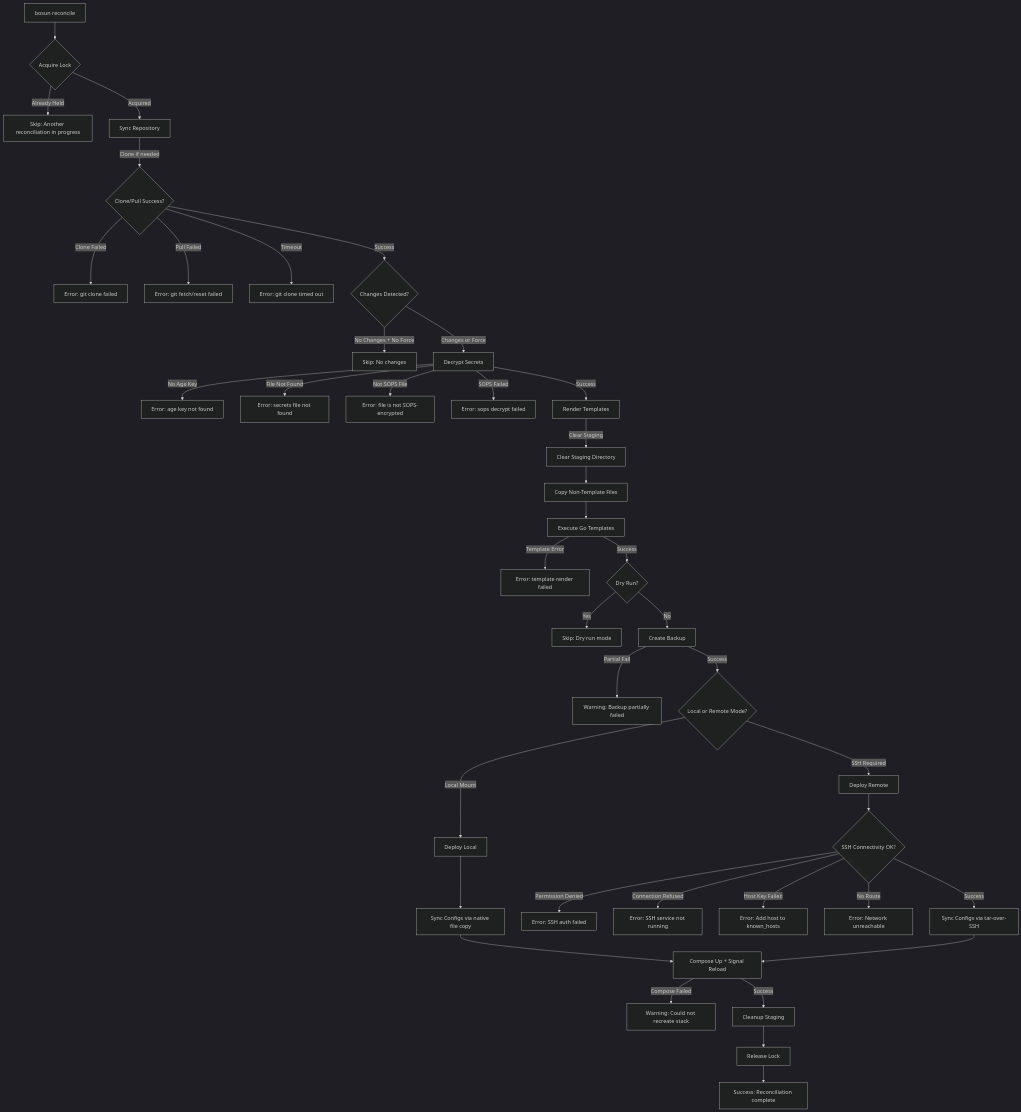
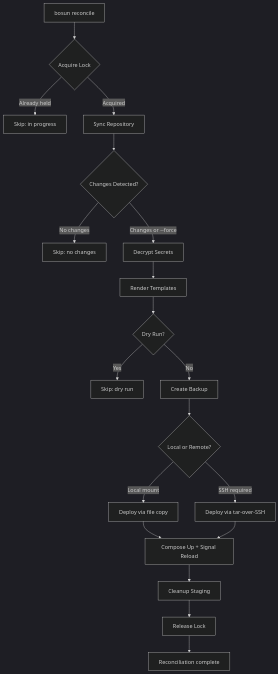
The third of 7 diagrams in docs/workflows.md (cameronsjo/bosun), drawn with Mermaid (dark theme) before and after one commit. The commit also changed other lines of this file and 8 other files, not shown here.

First line of the commit message:
docs: modernize mermaid diagrams across all docs

````diff
--- a/docs/workflows.md
+++ b/docs/workflows.md
@@ -178,54 +165,28 @@
 ```mermaid
 flowchart TD
-    A[bosun reconcile] --> B{Acquire Lock}
-    B -->|Already Held| B_SKIP[Skip: Another reconciliation in progress]
-    B -->|Acquired| C[Sync Repository]
+    Start[bosun reconcile] --> AcquireLock{Acquire Lock}
+    AcquireLock -->|Already held| LockSkip[Skip: in progress]
+    AcquireLock -->|Acquired| GitSync[Sync Repository]
 
-    C -->|Clone if needed| D{Clone/Pull Success?}
-    D -->|Clone Failed| D_ERR1[Error: git clone failed]
-    D -->|Pull Failed| D_ERR2[Error: git fetch/reset failed]
-    D -->|Timeout| D_ERR3[Error: git clone timed out]
-    D -->|Success| E{Changes Detected?}
+    GitSync --> ChangesCheck{Changes Detected?}
+    ChangesCheck -->|No changes| NoChangeSkip[Skip: no changes]
+    ChangesCheck -->|Changes or --force| Decrypt[Decrypt Secrets]
 
-    E -->|No Changes + No Force| E_SKIP[Skip: No changes]
-    E -->|Changes or Force| F[Decrypt Secrets]
+    Decrypt --> RenderTemplates[Render Templates]
+    RenderTemplates --> DryRunCheck{Dry Run?}
 
-    F -->|No Age Key| F_ERR1[Error: age key not found]
-    F -->|File Not Found| F_ERR2[Error: secrets file not found]
-    F -->|Not SOPS File| F_ERR3[Error: file is not SOPS-encrypted]
-    F -->|SOPS Failed| F_ERR4[Error: sops decrypt failed]
-    F -->|Success| G[Render Templates]
+    DryRunCheck -->|Yes| DryRunSkip[Skip: dry run]
+    DryRunCheck -->|No| CreateBackup[Create Backup]
 
-    G -->|Clear Staging| G1[Clear Staging Directory]
-    G1 --> G2[Copy Non-Template Files]
-    G2 --> G3[Execute Go Templates]
-    G3 -->|Template Error| G_ERR[Error: template render failed]
-    G3 -->|Success| H{Dry Run?}
+    CreateBackup --> DeployMode{Local or Remote?}
 
-    H -->|Yes| H_DRY[Skip: Dry run mode]
-    H -->|No| I[Create Backup]
+    DeployMode -->|Local mount| DeployLocal[Deploy via file copy]
+    DeployMode -->|SSH required| DeployRemote[Deploy via tar-over-SSH]
 
-    I -->|Partial Fail| I_WARN[Warning: Backup partially failed]
-    I -->|Success| J{Local or Remote Mode?}
+    DeployLocal --> ComposeUp[Compose Up + Signal Reload]
+    DeployRemote --> ComposeUp
 
-    J -->|Local Mount| K[Deploy Local]
-    J -->|SSH Required| L[Deploy Remote]
-
-    K --> M[Sync Configs via native file copy]
-    L --> N{SSH Connectivity OK?}
-
-    N -->|Permission Denied| N_ERR1[Error: SSH auth failed]
-    N -->|Connection Refused| N_ERR2[Error: SSH service not running]
-    N -->|Host Key Failed| N_ERR3[Error: Add host to known_hosts]
-    N -->|No Route| N_ERR4[Error: Network unreachable]
-    N -->|Success| O[Sync Configs via tar-over-SSH]
-
-    M --> P[Compose Up + Signal Reload]
-    O --> P
-
-    P -->|Compose Failed| P_WARN[Warning: Could not recreate stack]
-    P -->|Success| Q[Cleanup Staging]
-
-    Q --> R[Release Lock]
-    R --> S[Success: Reconciliation complete]
+    ComposeUp --> Cleanup[Cleanup Staging]
+    Cleanup --> ReleaseLock[Release Lock]
+    ReleaseLock --> Success[Reconciliation complete]
 ```
````
